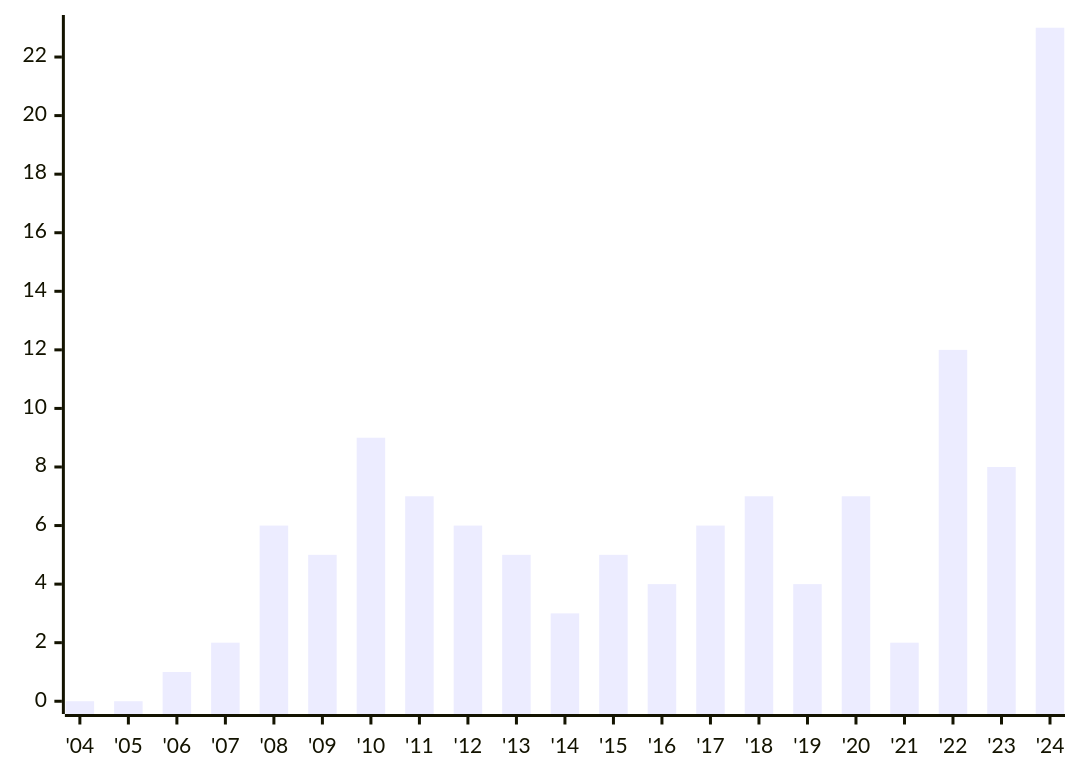
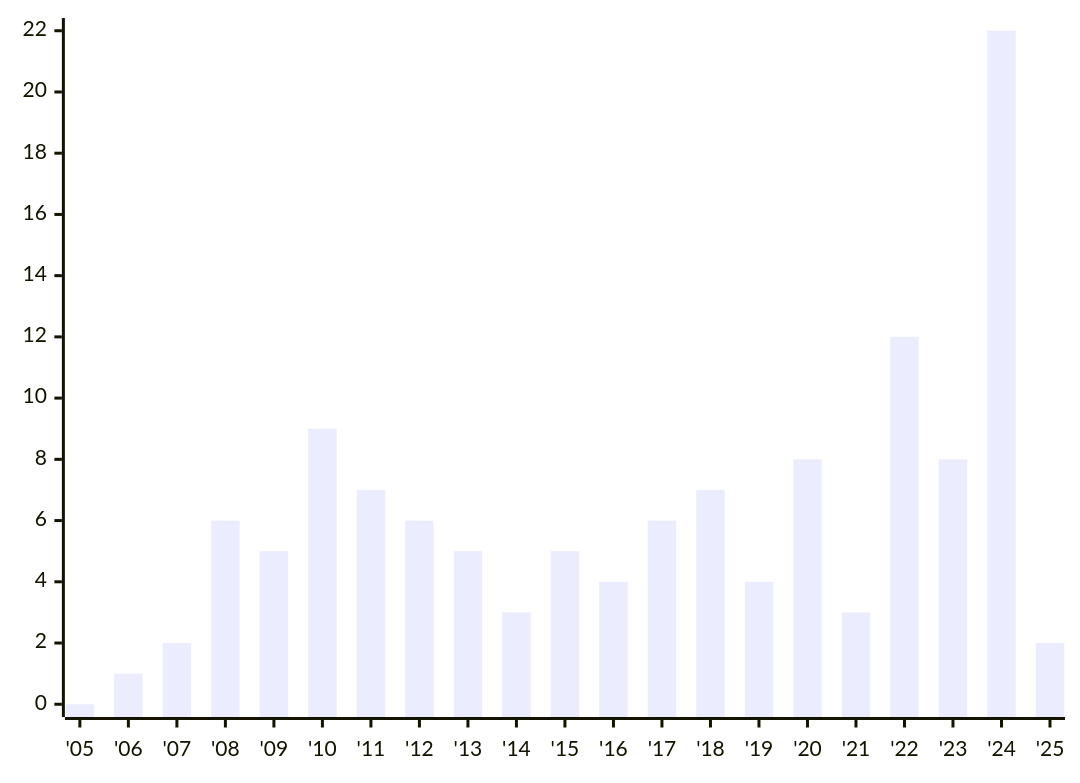
Before and after one commit to austrellum/navigator: the second of 4 diagrams in index.stats.md, drawn with Mermaid. The commit also changed other lines of this file and 8 other files, not shown here.

````diff
--- a/index.stats.md
+++ b/index.stats.md
@@ -18,6 +18,6 @@
 ```mermaid
 xychart-beta
-  x-axis ["'04","'05","'06","'07","'08","'09","'10","'11","'12","'13","'14","'15","'16","'17","'18","'19","'20","'21","'22","'23","'24"]
-  y-axis 0 --> 23
-  bar [0,0,1,2,6,5,9,7,6,5,3,5,4,6,7,4,7,2,12,8,23]
+  x-axis ["'05","'06","'07","'08","'09","'10","'11","'12","'13","'14","'15","'16","'17","'18","'19","'20","'21","'22","'23","'24","'25"]
+  y-axis 0 --> 22
+  bar [0,1,2,6,5,9,7,6,5,3,5,4,6,7,4,8,3,12,8,22,2]
 ```
````
